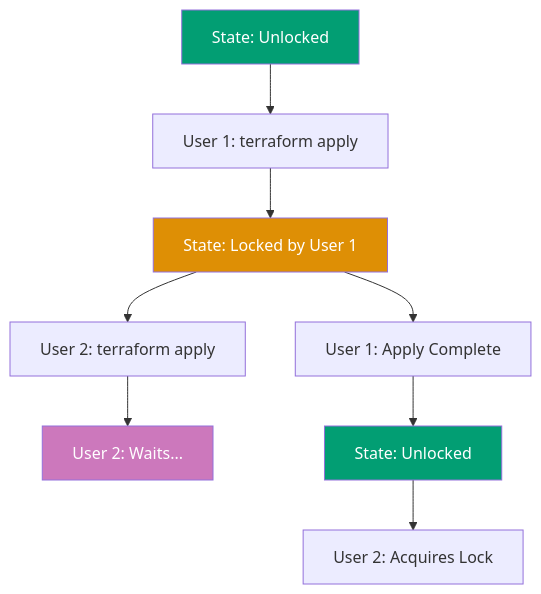
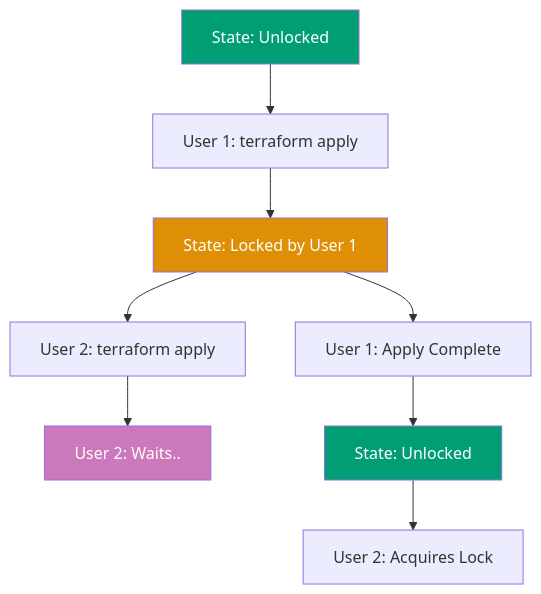
One commit to wahidyankf/open-sharia-enterprise changed the sixth of 6 diagrams in apps/ayokoding-web/content/en/learn/software-engineering/infrastructure/tools/terraform/by-example/beginner.md. Above: the diagram before and after it, drawn with Mermaid. The commit also changed other lines of this file and 77 other files, not shown here.

````diff
--- a/apps/ayokoding-web/content/en/learn/software-engineering/infrastructure/tools/terraform/by-example/beginner.md
+++ b/apps/ayokoding-web/content/en/learn/software-engineering/infrastructure/tools/terraform/by-example/beginner.md
@@ -2242,16 +2240,16 @@
 ```mermaid
 %% Color Palette: Blue #0173B2, Orange #DE8F05, Teal #029E73, Purple #CC78BC, Brown #CA9161
 graph TD
-    A["State: Unlocked"] --> B["User 1: terraform apply"]
-    B --> C["State: Locked by User 1"]
-    C --> D["User 2: terraform apply"]
-    D --> E["User 2: Waits..."]
-    C --> F["User 1: Apply Complete"]
-    F --> G["State: Unlocked"]
-    G --> H["User 2: Acquires Lock"]
+ A["State: Unlocked"] --> B["User 1: terraform apply"]
+ B --> C["State: Locked by User 1"]
+ C --> D["User 2: terraform apply"]
+ D --> E["User 2: Waits.."]
+ C --> F["User 1: Apply Complete"]
+ F --> G["State: Unlocked"]
+ G --> H["User 2: Acquires Lock"]
 
-    style A fill:#029E73,color:#fff
-    style C fill:#DE8F05,color:#fff
-    style E fill:#CC78BC,color:#fff
-    style G fill:#029E73,color:#fff
+ style A fill:#029E73,color:#fff
+ style C fill:#DE8F05,color:#fff
+ style E fill:#CC78BC,color:#fff
+ style G fill:#029E73,color:#fff
 ```
````
